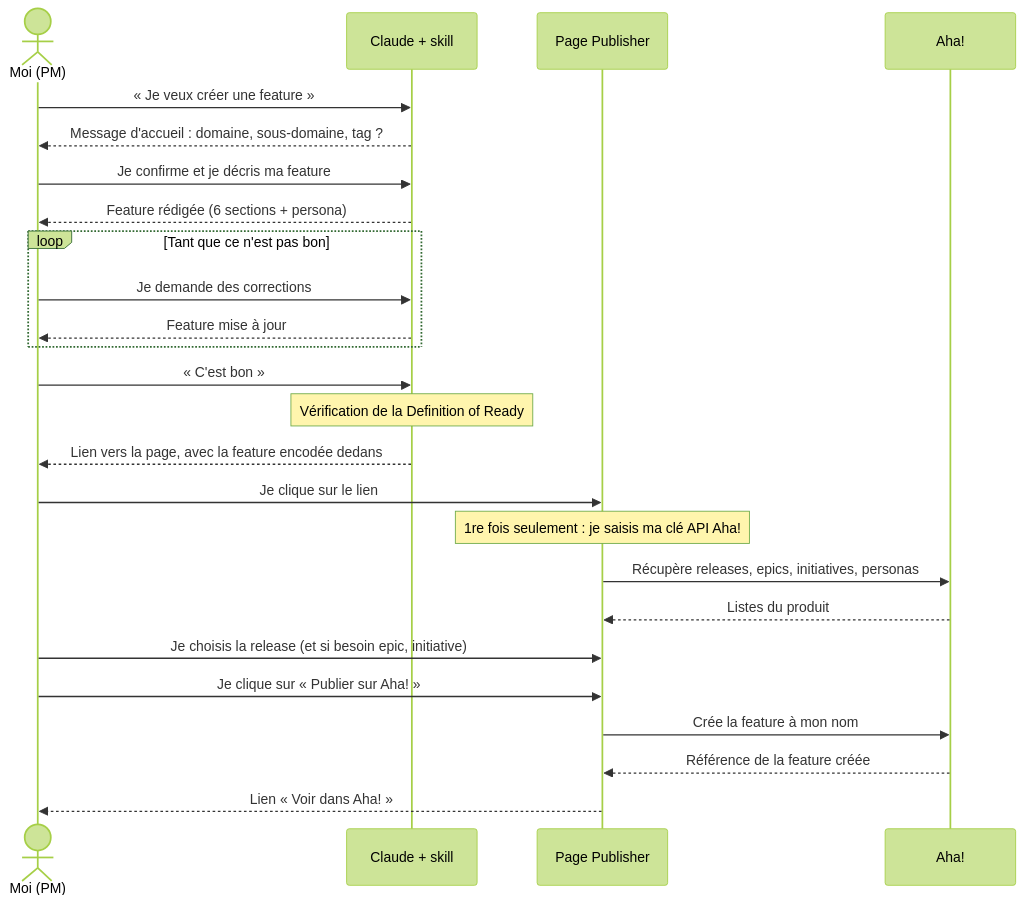
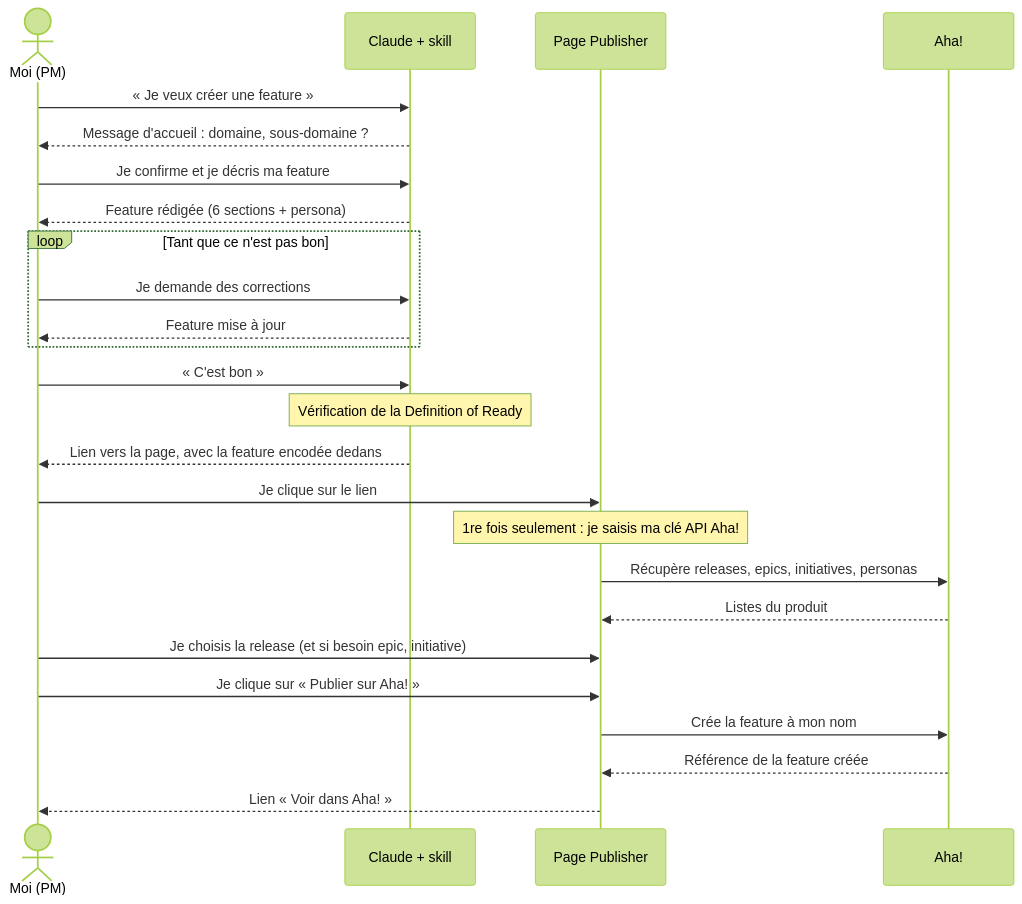
One commit to berenaud/cegid-retail changed the first of 2 diagrams in aha/README.md. Above: the diagram before and after it, drawn with Mermaid (forest theme). The commit also changed other lines of this file, not shown here.

````diff
--- a/aha/README.md
+++ b/aha/README.md
@@ -18,28 +18,28 @@
 ```mermaid
 sequenceDiagram
     actor PM as Moi (PM)
     participant C as Claude + skill
     participant P as Page Publisher
     participant A as Aha!
 
     PM->>C: « Je veux créer une feature »
-    C-->>PM: Message d'accueil : domaine, sous-domaine, tag ?
+    C-->>PM: Message d'accueil : domaine, sous-domaine ?
     PM->>C: Je confirme et je décris ma feature
     C-->>PM: Feature rédigée (6 sections + persona)
     loop Tant que ce n'est pas bon
         PM->>C: Je demande des corrections
         C-->>PM: Feature mise à jour
     end
     PM->>C: « C'est bon »
     Note over C: Vérification de la Definition of Ready
     C-->>PM: Lien vers la page, avec la feature encodée dedans
     PM->>P: Je clique sur le lien
     Note over P: 1re fois seulement : je saisis ma clé API Aha!
     P->>A: Récupère releases, epics, initiatives, personas
     A-->>P: Listes du produit
     PM->>P: Je choisis la release (et si besoin epic, initiative)
     PM->>P: Je clique sur « Publier sur Aha! »
     P->>A: Crée la feature à mon nom
     A-->>P: Référence de la feature créée
     P-->>PM: Lien « Voir dans Aha! »
 ```
````
